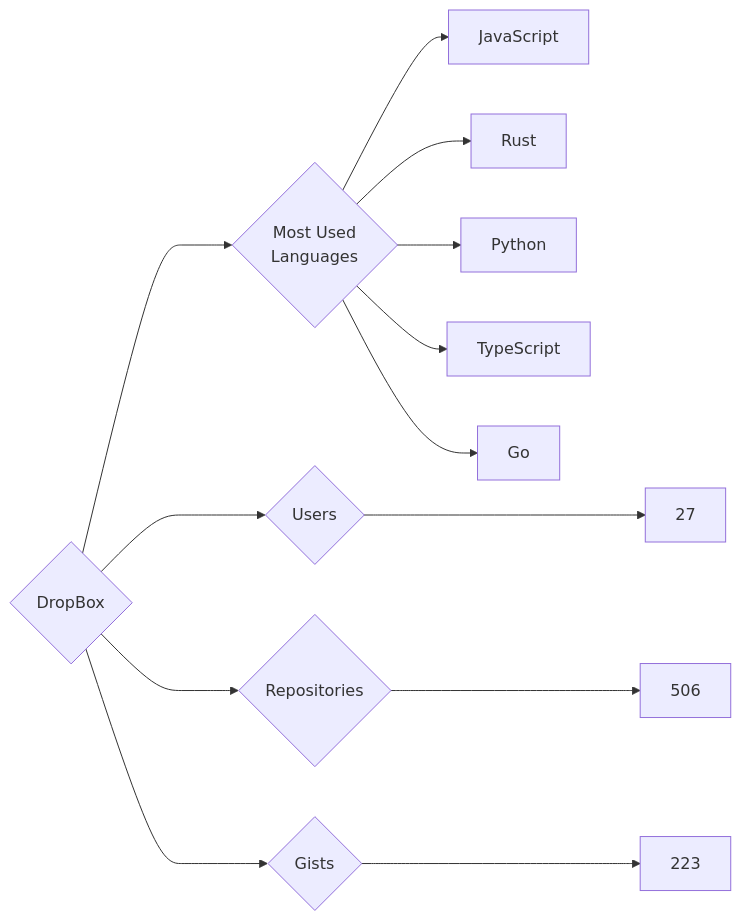
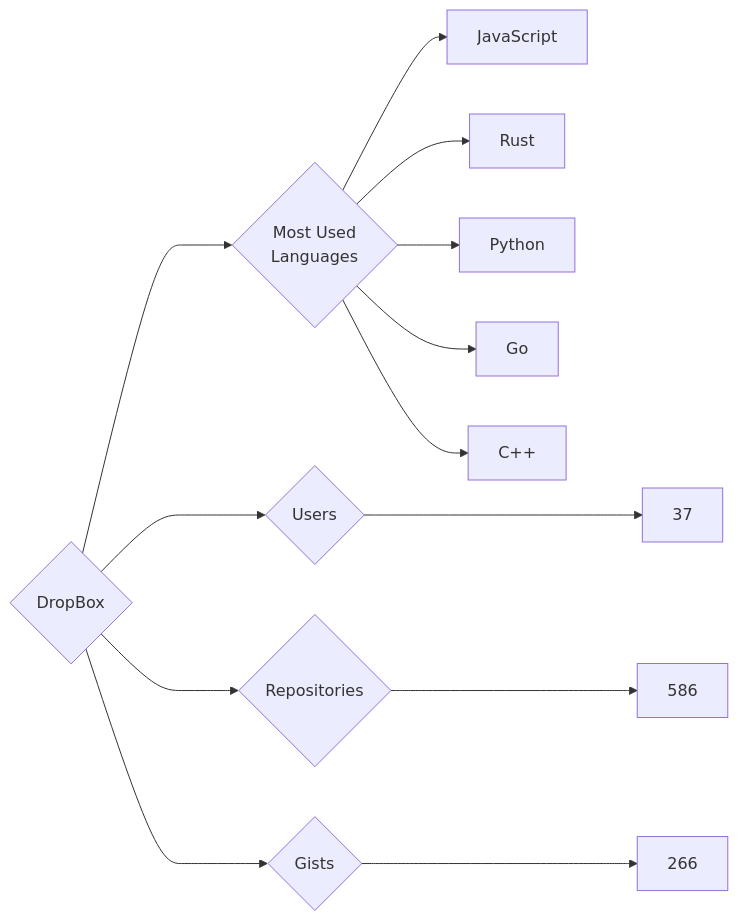
Before and after one commit to trickest/insiders: the diagram in targets/DropBox/README.md, drawn with Mermaid. The commit also changed 720 other files, not shown here.

````diff
--- a/targets/DropBox/README.md
+++ b/targets/DropBox/README.md
@@ -3,13 +3,13 @@
 ```mermaid
 graph LR
 COMPANY_NAME{DropBox}
-COMPANY_NAME ---> U{Users} ---> UN[27]
-COMPANY_NAME ---> R{Repositories} ---> RN[506]
-COMPANY_NAME ---> G{Gists} ---> GN[223]
+COMPANY_NAME ---> U{Users} ---> UN[37]
+COMPANY_NAME ---> R{Repositories} ---> RN[586]
+COMPANY_NAME ---> G{Gists} ---> GN[266]
 COMPANY_NAME ---> ML{Most Used<br>Languages}
 ML --> JavaScript[JavaScript]
 ML --> Rust[Rust]
 ML --> Python[Python]
-ML --> TypeScript[TypeScript]
 ML --> Go[Go]
+ML --> C++[C++]
 ```
````
